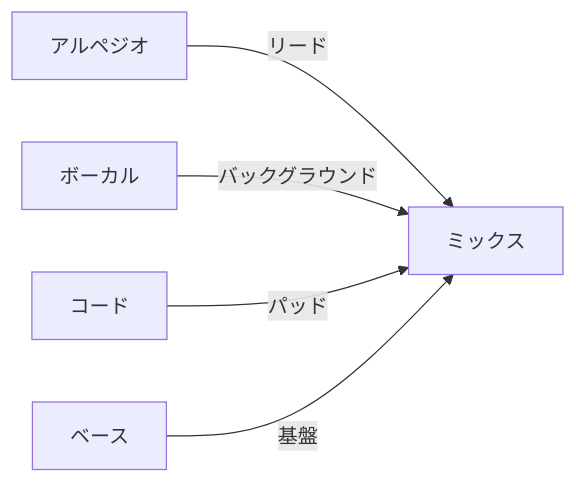
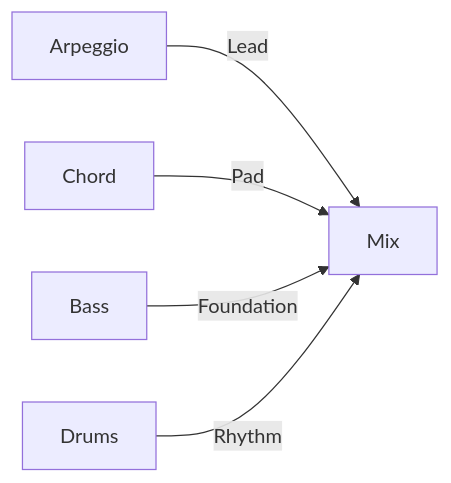
One commit to libraz/midi-sketch-homepage changed the fifth of 6 diagrams in src/ja/docs/presets.md. Above: the diagram before and after it, drawn with Mermaid. The commit also changed other lines of this file and 24 other files, not shown here.

````diff
--- a/src/ja/docs/presets.md
+++ b/src/ja/docs/presets.md
@@ -255,7 +272,7 @@
 ```mermaid
 flowchart LR
-    A[アルペジオ] -->|リード| M[ミックス]
-    V[ボーカル] -->|バックグラウンド| M
-    C[コード] -->|パッド| M
-    B[ベース] -->|基盤| M
+    A[Arpeggio] -->|Lead| M[Mix]
+    C[Chord] -->|Pad| M
+    B[Bass] -->|Foundation| M
+    D[Drums] -->|Rhythm| M
 ```
````
